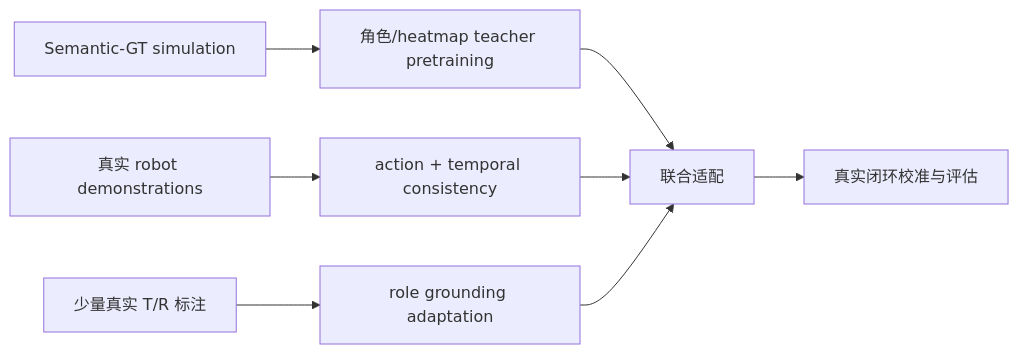
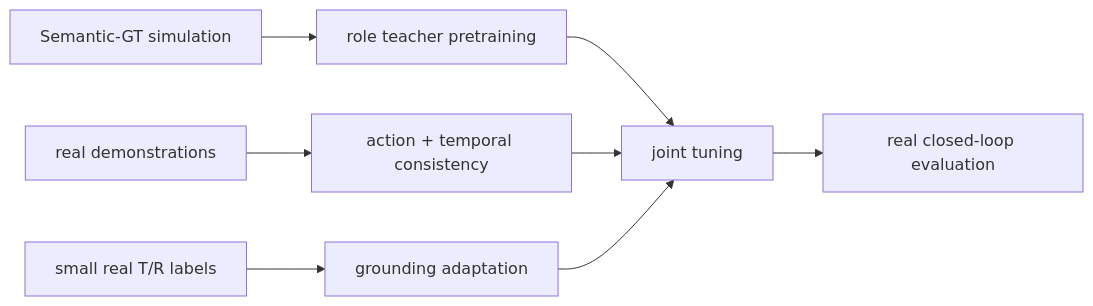
One commit to YW310/BridgeVLA changed the second of 2 diagrams in docs/design/real-world-deployment.md. Above: the diagram before and after it, drawn with Mermaid. The commit also changed other lines of this file and 5 other files, not shown here.

````diff
--- a/docs/design/real-world-deployment.md
+++ b/docs/design/real-world-deployment.md
@@ -94,10 +71,10 @@
 ```mermaid
 flowchart LR
-    A[Semantic-GT simulation] --> T[角色/heatmap teacher pretraining]
-    B[真实 robot demonstrations] --> D[action + temporal consistency]
-    C[少量真实 T/R 标注] --> R[role grounding adaptation]
-    T --> J[联合适配]
+    A[Semantic-GT simulation] --> T[role teacher pretraining]
+    B[real demonstrations] --> D[action + temporal consistency]
+    C[small real T/R labels] --> R[grounding adaptation]
+    T --> J[joint tuning]
     D --> J
     R --> J
-    J --> E[真实闭环校准与评估]
+    J --> E[real closed-loop evaluation]
 ```
````
